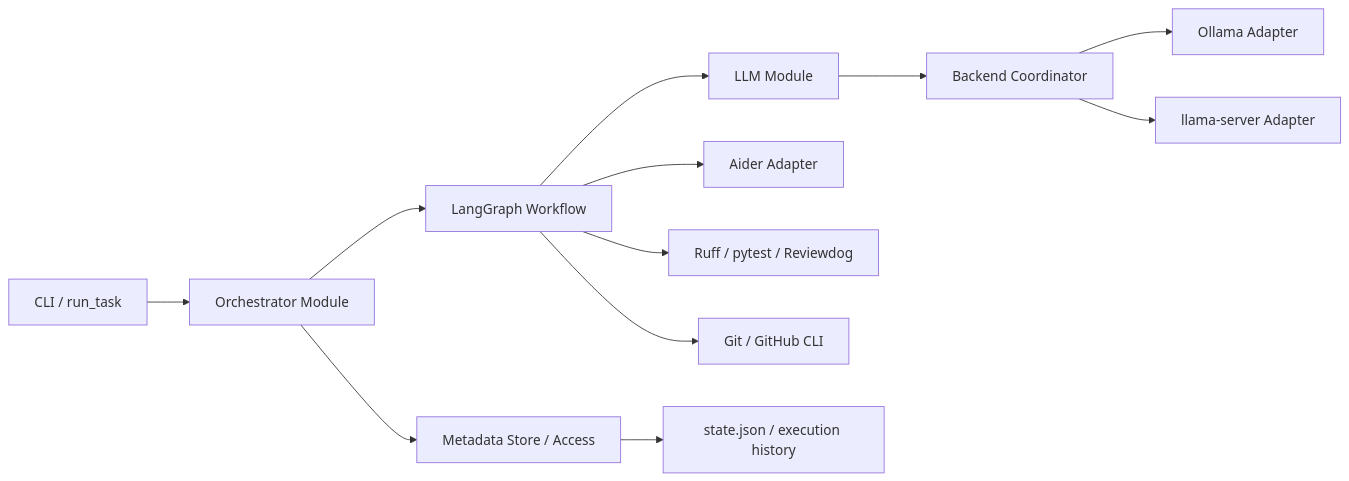
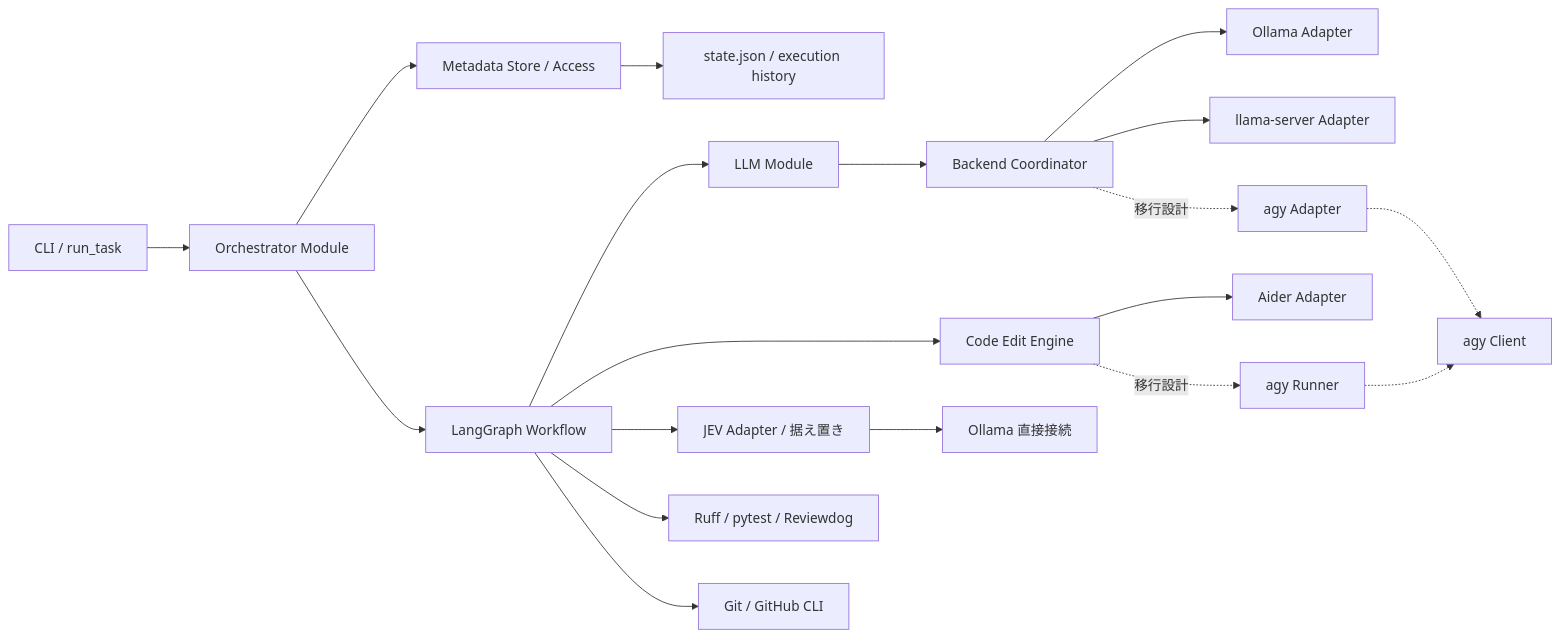
Before and after one commit to xzyozi/second-brain-graph: the first of 3 diagrams in docs/design/SBOS-DD-003_詳細設計書.md, drawn with Mermaid. The commit also changed other lines of this file and 21 other files, not shown here.

````diff
--- a/docs/design/SBOS-DD-003_詳細設計書.md
+++ b/docs/design/SBOS-DD-003_詳細設計書.md
@@ -31,14 +37,21 @@
 ```mermaid
 flowchart LR
     CLI[CLI / run_task] --> ORCH[Orchestrator Module]
     ORCH --> META[Metadata Store / Access]
     ORCH --> GRAPH[LangGraph Workflow]
     GRAPH --> LLM[LLM Module]
     LLM --> COORD[Backend Coordinator]
     COORD --> OLLAMA[Ollama Adapter]
     COORD --> LLAMA[llama-server Adapter]
-    GRAPH --> AIDER[Aider Adapter]
+    COORD -.移行設計.-> AGYB[agy Adapter]
+    GRAPH --> EDIT[Code Edit Engine]
+    EDIT --> AIDER[Aider Adapter]
+    EDIT -.移行設計.-> AGYE[agy Runner]
+    AGYB -.-> AGYC[agy Client]
+    AGYE -.-> AGYC
+    GRAPH --> JEV[JEV Adapter / 据え置き]
+    JEV --> OLLAMAJ[Ollama 直接接続]
     GRAPH --> QUALITY[Ruff / pytest / Reviewdog]
     GRAPH --> GIT[Git / GitHub CLI]
     META --> STATE[state.json / execution history]
 ```
````
